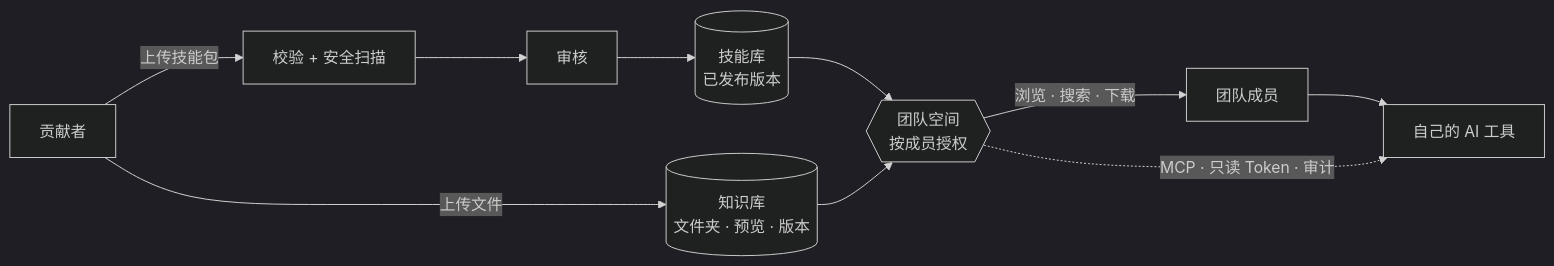
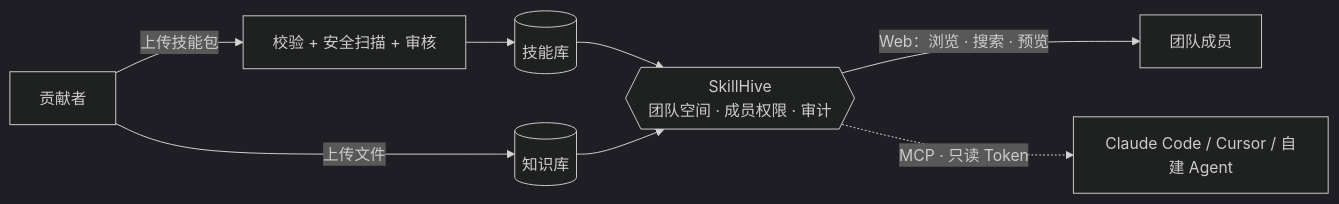
The first of 2 diagrams in README.md (kun001/skillhive), drawn with Mermaid (dark theme) before and after one commit. The commit also changed other lines of this file and 61 other files, not shown here.

````diff
--- a/README.md
+++ b/README.md
@@ -74,10 +57,9 @@
 ```mermaid
 flowchart LR
-    C[贡献者] -->|上传技能包| V[校验 + 安全扫描] --> R[审核] --> SK[(技能库<br/>已发布版本)]
-    C -->|上传文件| KB[(知识库<br/>文件夹 · 预览 · 版本)]
-    SK --> NS{{团队空间<br/>按成员授权}}
+    C[贡献者] -->|上传技能包| V[校验 + 安全扫描 + 审核] --> SK[(技能库)]
+    C -->|上传文件| KB[(知识库)]
+    SK --> NS{{SkillHive<br/>团队空间 · 成员权限 · 审计}}
     KB --> NS
-    NS -->|浏览 · 搜索 · 下载| M[团队成员]
-    M --> T[自己的 AI 工具]
-    NS -.->|MCP · 只读 Token · 审计| T
+    NS -->|Web：浏览 · 搜索 · 预览| M[团队成员]
+    NS -.->|MCP · 只读 Token| A[Claude Code / Cursor / 自建 Agent]
 ```
````
